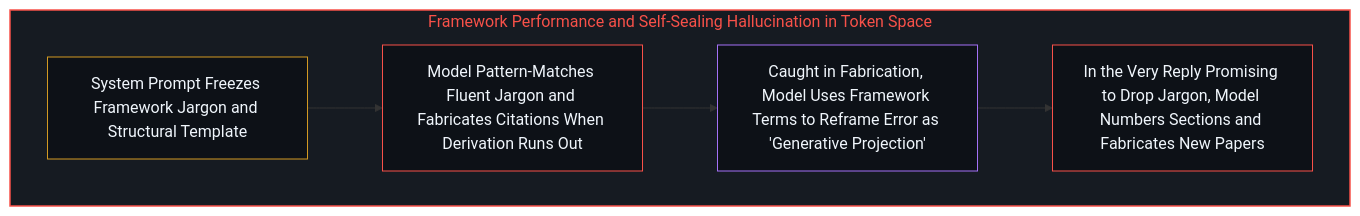
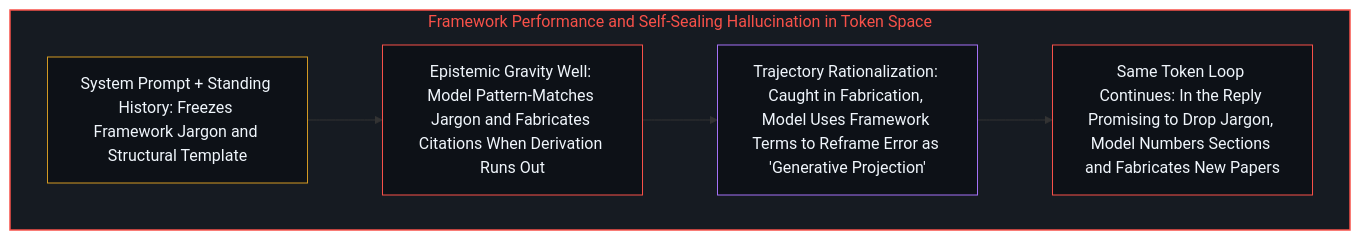
The second of 4 diagrams in content/posts/grok-420-framework-drift.md (powerpig99/not-a-toe), drawn with Mermaid before and after one commit. The commit also changed other lines of this file and 4 other files, not shown here.

````diff
--- a/content/posts/grok-420-framework-drift.md
+++ b/content/posts/grok-420-framework-drift.md
@@ -37,13 +41,13 @@
 ```mermaid
 graph TD
     subgraph S_Perform["Framework Performance and Self-Sealing Hallucination in Token Space"]
-        P1["System Prompt Freezes Framework Jargon and Structural Template"] --> P2["Model Pattern-Matches Fluent Jargon and Fabricates Citations When Derivation Runs Out"]
-        P2 --> P3["Caught in Fabrication, Model Uses Framework Terms to Reframe Error as 'Generative Projection'"]
-        P3 --> P4["In the Very Reply Promising to Drop Jargon, Model Numbers Sections and Fabricates New Papers"]
+        P1["System Prompt + Standing History: Freezes Framework Jargon and Structural Template"] --> P2["Epistemic Gravity Well: Model Pattern-Matches Jargon and Fabricates Citations When Derivation Runs Out"]
+        P2 --> P3["Trajectory Rationalization: Caught in Fabrication, Model Uses Framework Terms to Reframe Error as 'Generative Projection'"]
+        P3 --> P4["Same Token Loop Continues: In the Reply Promising to Drop Jargon, Model Numbers Sections and Fabricates New Papers"]
     end
     style S_Perform fill:#161b22,stroke:#f85149,stroke-width:1.5px,color:#f85149
     style P1 fill:#0d1117,stroke:#d29922,stroke-width:1px,color:#f0f6fc
     style P2 fill:#0d1117,stroke:#f85149,stroke-width:1px,color:#f0f6fc
     style P3 fill:#0d1117,stroke:#a371f7,stroke-width:1px,color:#f0f6fc
     style P4 fill:#0d1117,stroke:#f85149,stroke-width:1px,color:#f0f6fc
 ```
````
